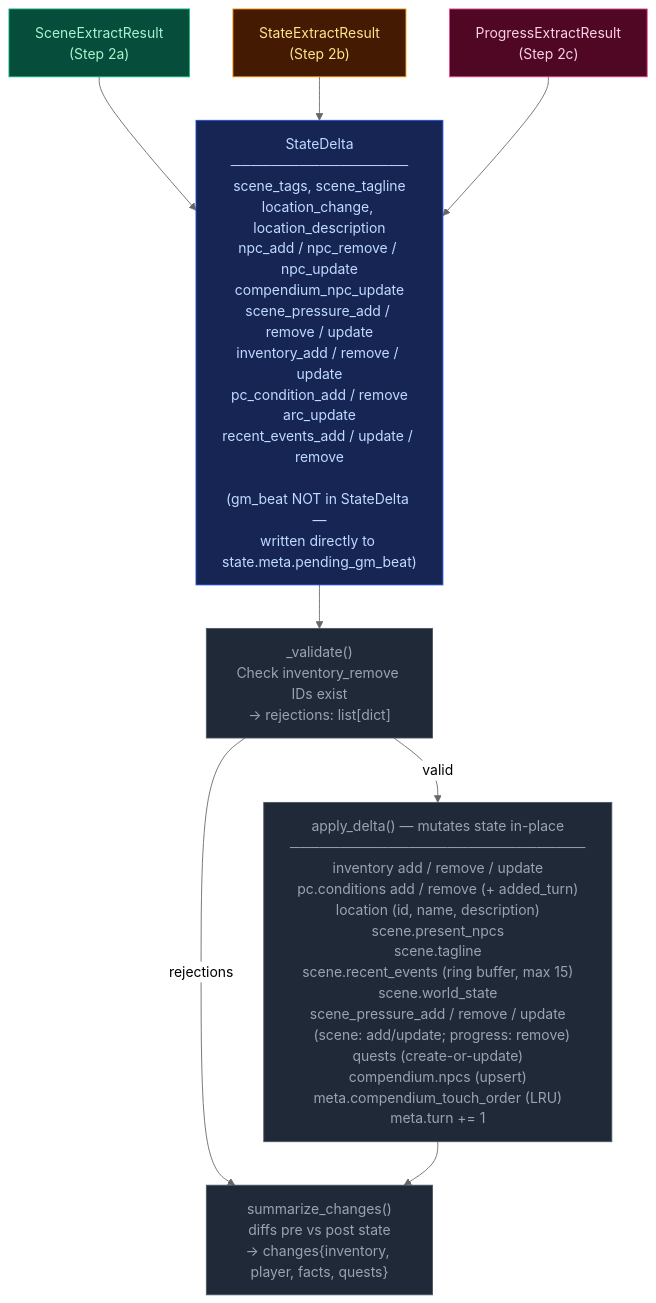
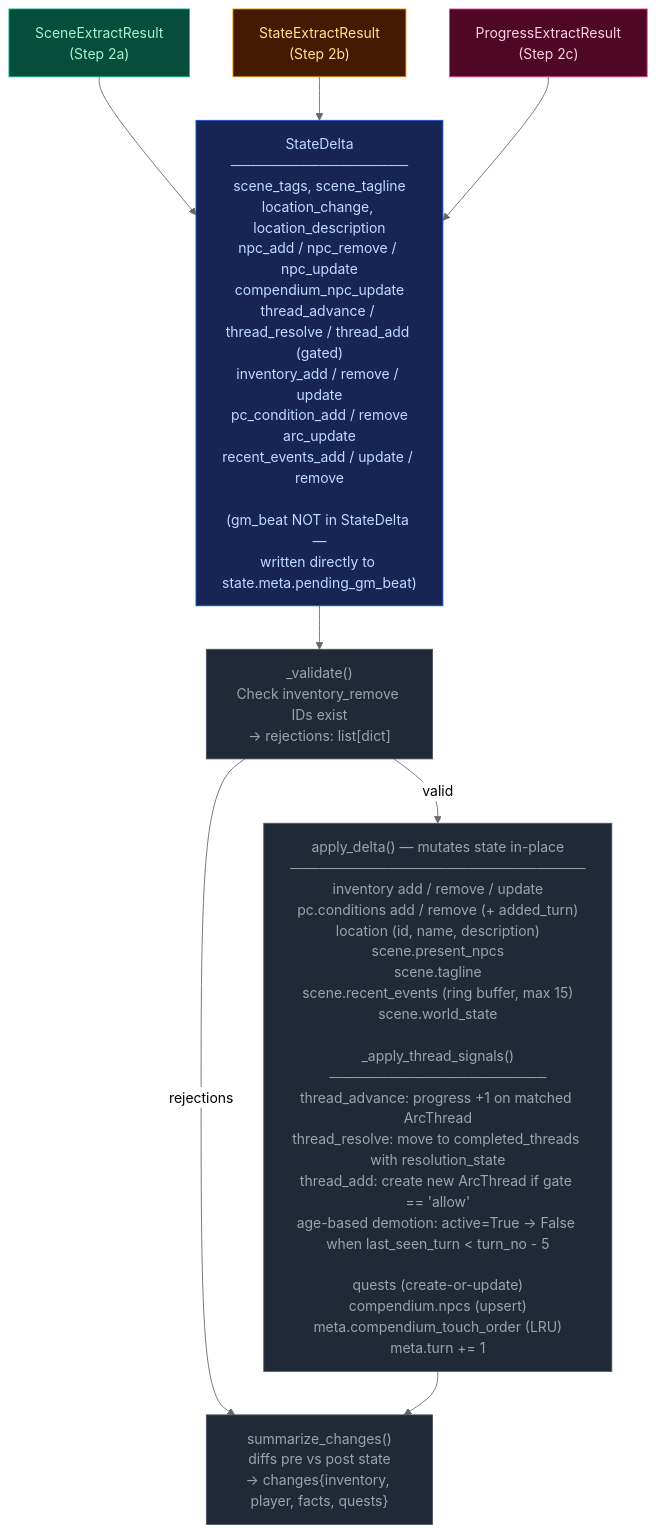
One commit to pww217/fablethread changed the ninth of 17 diagrams in docs/ARCHITECTURE.md. Above: the diagram before and after it, drawn with Mermaid (neutral theme). The commit also changed other lines of this file and 13 other files, not shown here.

````diff
--- a/docs/ARCHITECTURE.md
+++ b/docs/ARCHITECTURE.md
@@ -447,28 +405,28 @@
 ```mermaid
 flowchart TD
     classDef stageScene    fill:#064e3b,color:#a7f3d0,stroke:#10b981
     classDef stageState    fill:#451a03,color:#fde68a,stroke:#f59e0b
     classDef stageProgress fill:#500724,color:#fbcfe8,stroke:#ec4899
     classDef pyNode        fill:#1f2937,color:#9ca3af,stroke:#4b5563
     classDef mergeNode     fill:#172554,color:#bfdbfe,stroke:#1d4ed8
 
     SR1["SceneExtractResult<br>(Step 2a)"]:::stageScene
     SR2["StateExtractResult<br>(Step 2b)"]:::stageState
     SR3["ProgressExtractResult<br>(Step 2c)"]:::stageProgress
 
-    MERGE["StateDelta<br>──────────────────<br>scene_tags, scene_tagline<br>location_change, location_description<br>npc_add / npc_remove / npc_update<br>compendium_npc_update<br>scene_pressure_add / remove / update<br>inventory_add / remove / update<br>pc_condition_add / remove<br>arc_update<br>recent_events_add / update / remove<br><br>(gm_beat NOT in StateDelta —<br>written directly to state.meta.pending_gm_beat)"]:::mergeNode
+    MERGE["StateDelta<br>──────────────────<br>scene_tags, scene_tagline<br>location_change, location_description<br>npc_add / npc_remove / npc_update<br>compendium_npc_update<br>thread_advance / thread_resolve / thread_add (gated)<br>inventory_add / remove / update<br>pc_condition_add / remove<br>arc_update<br>recent_events_add / update / remove<br><br>(gm_beat NOT in StateDelta —<br>written directly to state.meta.pending_gm_beat)"]:::mergeNode
 
     VALIDATE["_validate()<br>Check inventory_remove IDs exist<br>→ rejections: list[dict]"]:::pyNode
 
-    APPLY["apply_delta() — mutates state in-place<br>──────────────────────────────<br>inventory add / remove / update<br>pc.conditions add / remove (+ added_turn)<br>location (id, name, description)<br>scene.present_npcs<br>scene.tagline<br>scene.recent_events (ring buffer, max 15)<br>scene.world_state<br>scene_pressure_add / remove / update<br>  (scene: add/update; progress: remove)<br>quests (create-or-update)<br>compendium.npcs (upsert)<br>meta.compendium_touch_order (LRU)<br>meta.turn += 1"]:::pyNode
+    APPLY["apply_delta() — mutates state in-place<br>──────────────────────────────<br>inventory add / remove / update<br>pc.conditions add / remove (+ added_turn)<br>location (id, name, description)<br>scene.present_npcs<br>scene.tagline<br>scene.recent_events (ring buffer, max 15)<br>scene.world_state<br><br>_apply_thread_signals()<br>──────────────────────<br>thread_advance: progress +1 on matched ArcThread<br>thread_resolve: move to completed_threads with resolution_state<br>thread_add: create new ArcThread if gate == 'allow'<br>age-based demotion: active=True → False when last_seen_turn < turn_no - 5<br><br>quests (create-or-update)<br>compendium.npcs (upsert)<br>meta.compendium_touch_order (LRU)<br>meta.turn += 1"]:::pyNode
 
     DIFF["summarize_changes()<br>diffs pre vs post state<br>→ changes{inventory, player, facts, quests}"]:::pyNode
 
     SR1 --> MERGE
     SR2 --> MERGE
     SR3 --> MERGE
     MERGE --> VALIDATE
     VALIDATE -- "valid" --> APPLY
     VALIDATE -- "rejections" --> DIFF
     APPLY --> DIFF
 ```
````
